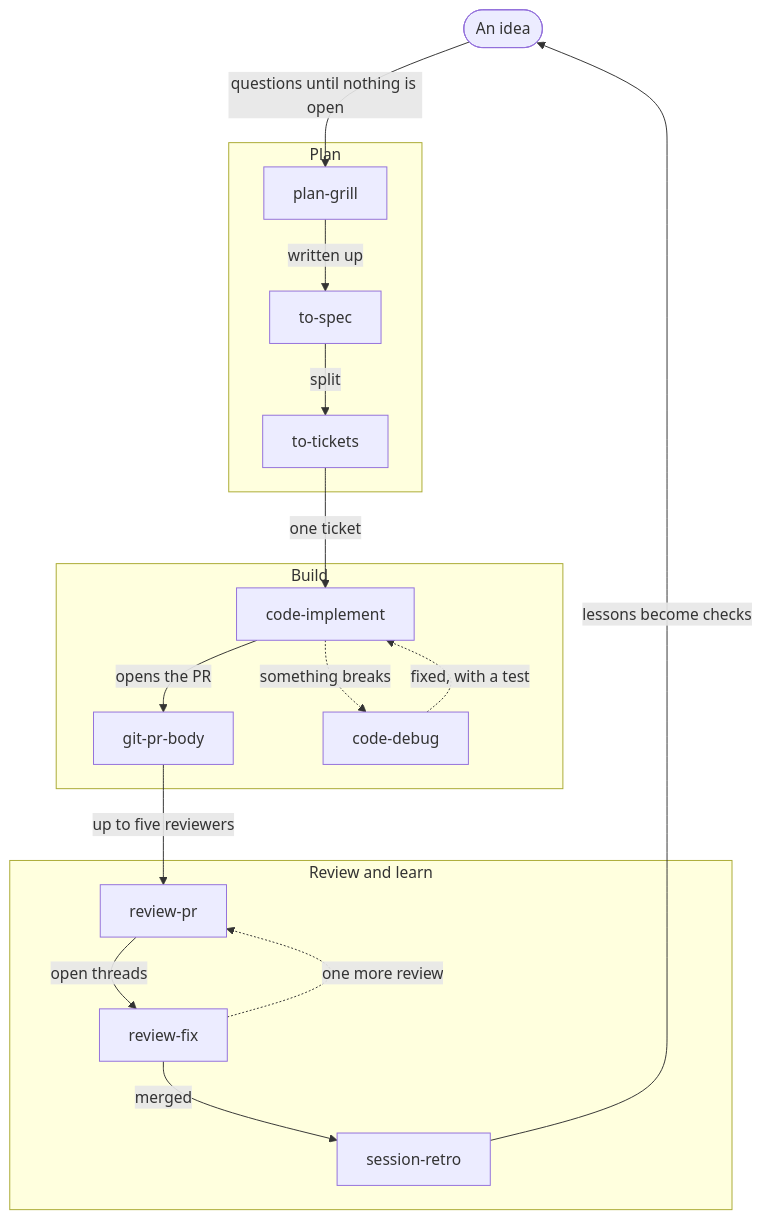
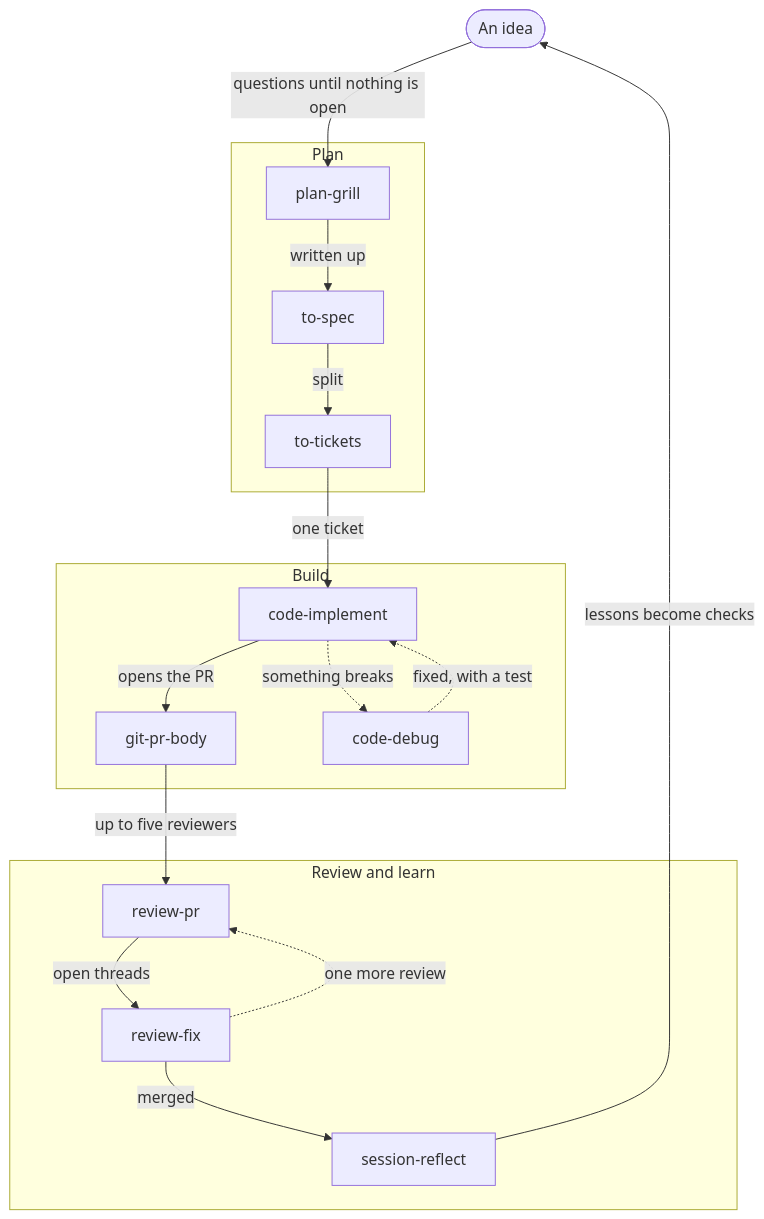
One commit to h2xd/skills changed the diagram in README.md. Above: the diagram before and after it, drawn with Mermaid. The commit also changed other lines of this file and 9 other files, not shown here.

First line of the commit message:
feat(skills): rename session-retro to session-reflect (#18)

````diff
--- a/README.md
+++ b/README.md
@@ -100,22 +100,22 @@
 ```mermaid
 flowchart TD
   idea([An idea])
   subgraph plan [Plan]
     grill[plan-grill] -->|written up| spec[to-spec]
     spec -->|split| tickets[to-tickets]
   end
   subgraph build [Build]
     impl[code-implement] -->|opens the PR| body[git-pr-body]
     impl -.->|something breaks| debug[code-debug]
     debug -.->|fixed, with a test| impl
   end
   subgraph ship [Review and learn]
     review[review-pr] -->|open threads| fix[review-fix]
     fix -.->|one more review| review
-    fix -->|merged| retro[session-retro]
+    fix -->|merged| reflect[session-reflect]
   end
   idea -->|questions until nothing is open| grill
   tickets -->|one ticket| impl
   body -->|up to five reviewers| review
-  retro -->|lessons become checks| idea
+  reflect -->|lessons become checks| idea
 ```
````
